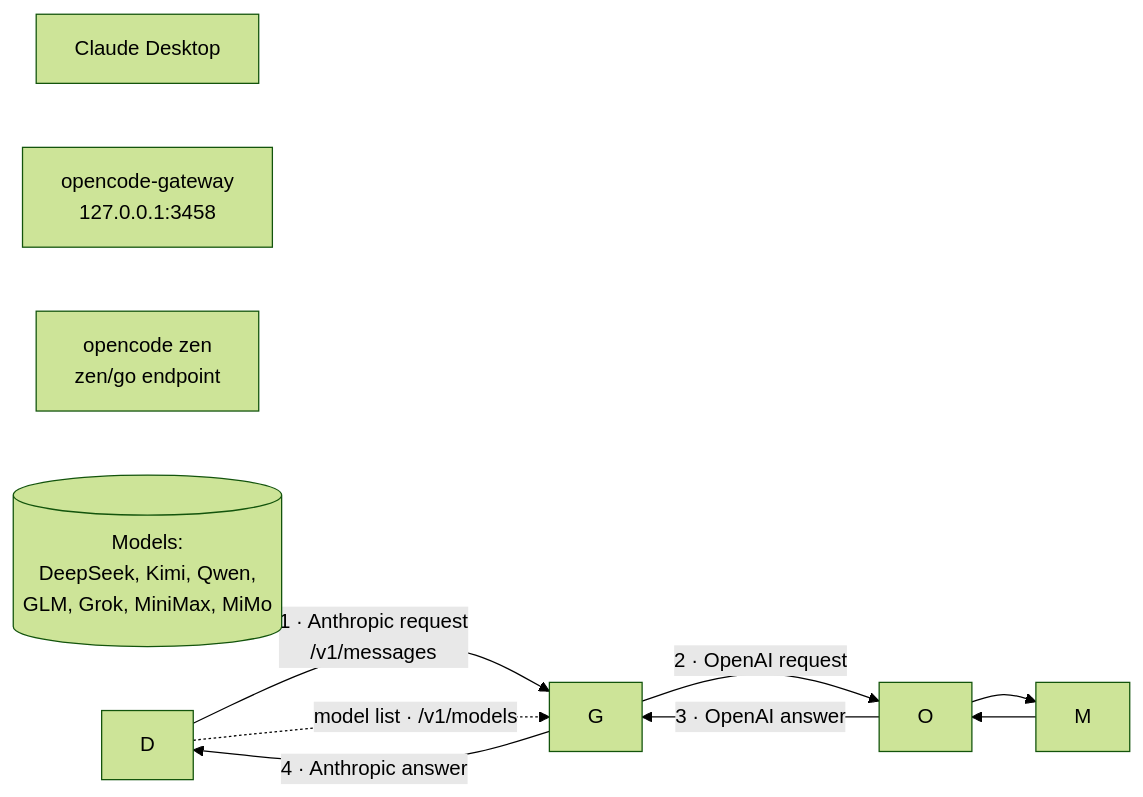
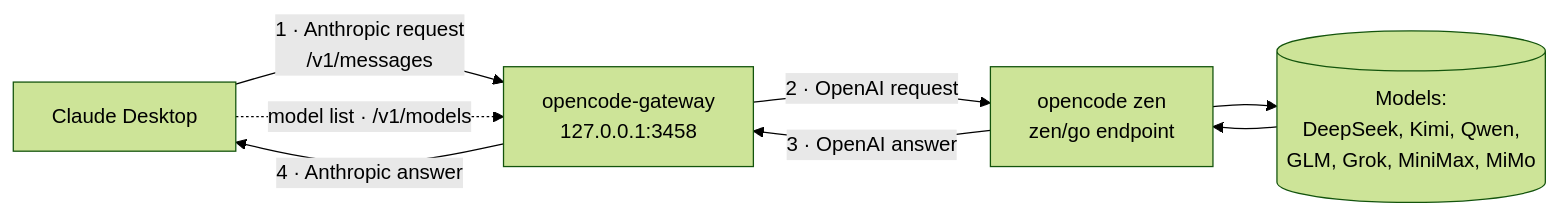
One commit to rllko/opencode-gateway changed the diagram in README.md. Above: the diagram before and after it, drawn with Mermaid (forest theme). The commit also changed other lines of this file and 14 other files, not shown here.

````diff
--- a/README.md
+++ b/README.md
@@ -15,15 +15,15 @@
 ```mermaid
 flowchart LR
-    D\["Claude Desktop"]
-    G\["opencode-gateway<br/>127.0.0.1:3458"]
-    O\["opencode zen<br/>zen/go endpoint"]
-    M\[("Models:<br/>DeepSeek, Kimi, Qwen,<br/>GLM, Grok, MiniMax, MiMo")]
+    D["Claude Desktop"]
+    G["opencode-gateway<br/>127.0.0.1:3458"]
+    O["opencode zen<br/>zen/go endpoint"]
+    M[("Models:<br/>DeepSeek, Kimi, Qwen,<br/>GLM, Grok, MiniMax, MiMo")]
 
     D -->|"1 · Anthropic request<br/>/v1/messages"| G
     G -->|"2 · OpenAI request"| O
     O --> M
     M --> O
     O -->|"3 · OpenAI answer"| G
     G -->|"4 · Anthropic answer"| D
     D -.->|"model list · /v1/models"| G
 ```
````
